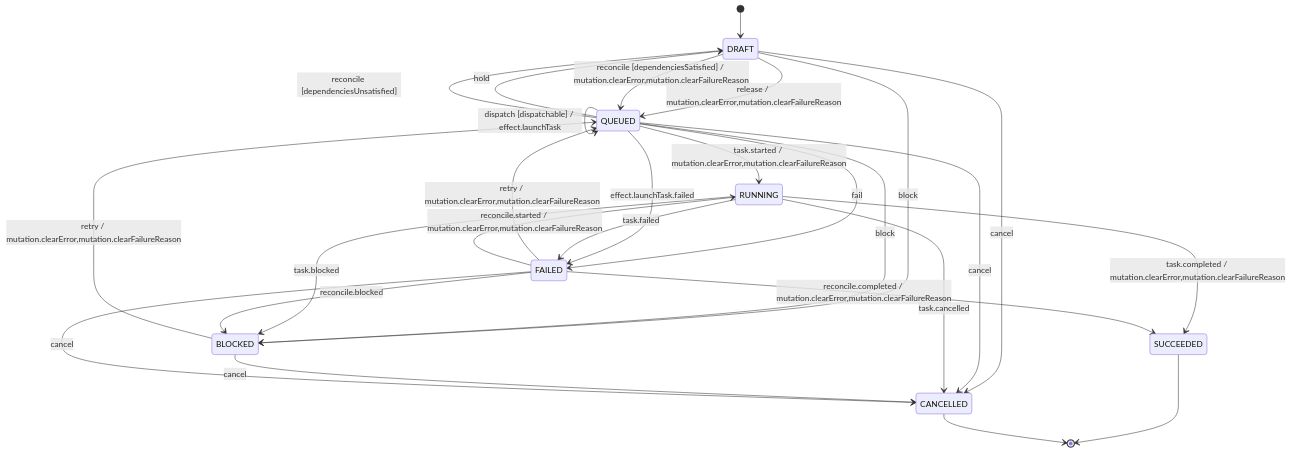
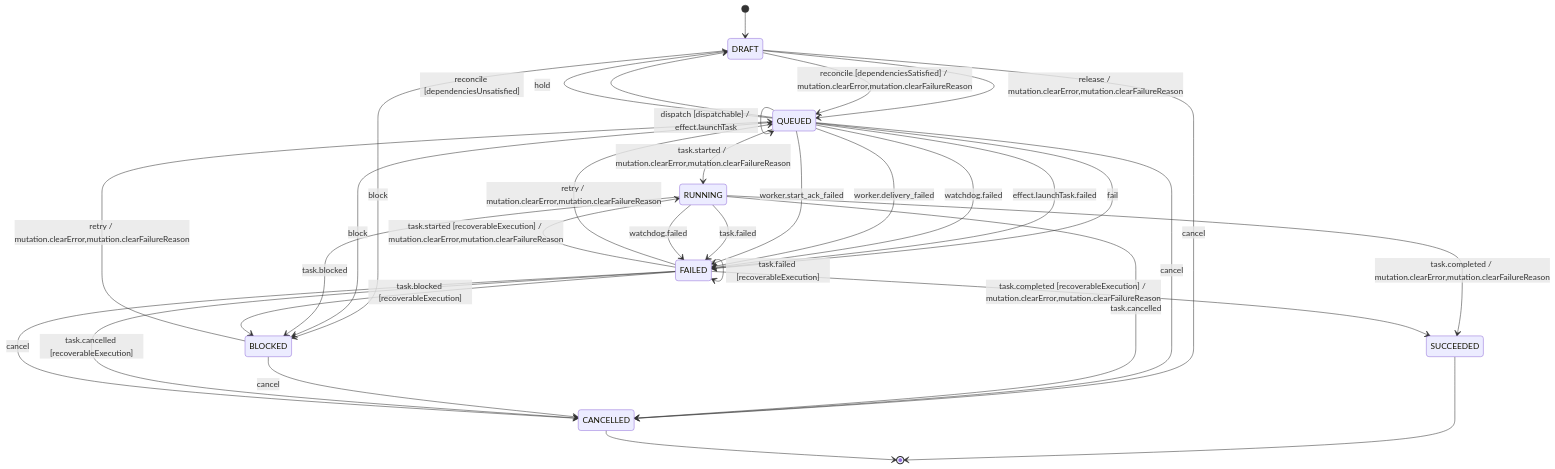
The diagram in workflow/task-lifecycle.mmd (lalalic/agents-relay), drawn with Mermaid before and after one commit. The commit also changed 9 other files, not shown here.

Commit message:
fix: make lifecycle graph authoritative

```diff
--- a/workflow/task-lifecycle.mmd
+++ b/workflow/task-lifecycle.mmd
@@ -1,34 +1,40 @@
 stateDiagram-v2
     [*] --> DRAFT
 
     DRAFT --> QUEUED: release / mutation.clearError,mutation.clearFailureReason
     DRAFT --> QUEUED: reconcile [dependenciesSatisfied] / mutation.clearError,mutation.clearFailureReason
     DRAFT --> BLOCKED: block
     DRAFT --> CANCELLED: cancel
 
     QUEUED --> DRAFT: hold
     QUEUED --> DRAFT: reconcile [dependenciesUnsatisfied]
     QUEUED --> QUEUED: reconcile [runnable] / mutation.clearError,mutation.clearFailureReason
     QUEUED --> QUEUED: dispatch [dispatchable] / effect.launchTask
     QUEUED --> RUNNING: task.started / mutation.clearError,mutation.clearFailureReason
     QUEUED --> BLOCKED: block
     QUEUED --> FAILED: fail
     QUEUED --> FAILED: effect.launchTask.failed
+    QUEUED --> FAILED: watchdog.failed
+    QUEUED --> FAILED: worker.delivery_failed
+    QUEUED --> FAILED: worker.start_ack_failed
     QUEUED --> CANCELLED: cancel
 
     RUNNING --> BLOCKED: task.blocked
     RUNNING --> SUCCEEDED: task.completed / mutation.clearError,mutation.clearFailureReason
     RUNNING --> FAILED: task.failed
+    RUNNING --> FAILED: watchdog.failed
     RUNNING --> CANCELLED: task.cancelled
 
     BLOCKED --> QUEUED: retry / mutation.clearError,mutation.clearFailureReason
     BLOCKED --> CANCELLED: cancel
 
     FAILED --> QUEUED: retry / mutation.clearError,mutation.clearFailureReason
-    FAILED --> RUNNING: reconcile.started / mutation.clearError,mutation.clearFailureReason
-    FAILED --> SUCCEEDED: reconcile.completed / mutation.clearError,mutation.clearFailureReason
-    FAILED --> BLOCKED: reconcile.blocked
+    FAILED --> RUNNING: task.started [recoverableExecution] / mutation.clearError,mutation.clearFailureReason
+    FAILED --> SUCCEEDED: task.completed [recoverableExecution] / mutation.clearError,mutation.clearFailureReason
+    FAILED --> BLOCKED: task.blocked [recoverableExecution]
+    FAILED --> FAILED: task.failed [recoverableExecution]
+    FAILED --> CANCELLED: task.cancelled [recoverableExecution]
     FAILED --> CANCELLED: cancel
 
     SUCCEEDED --> [*]
     CANCELLED --> [*]
```
